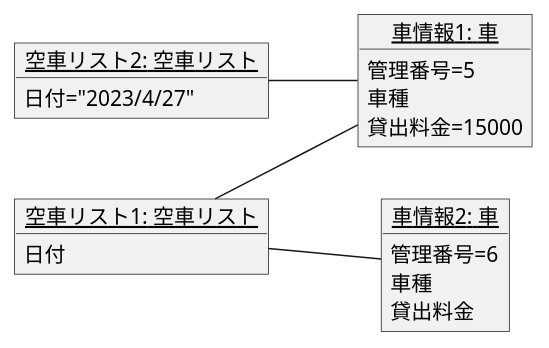
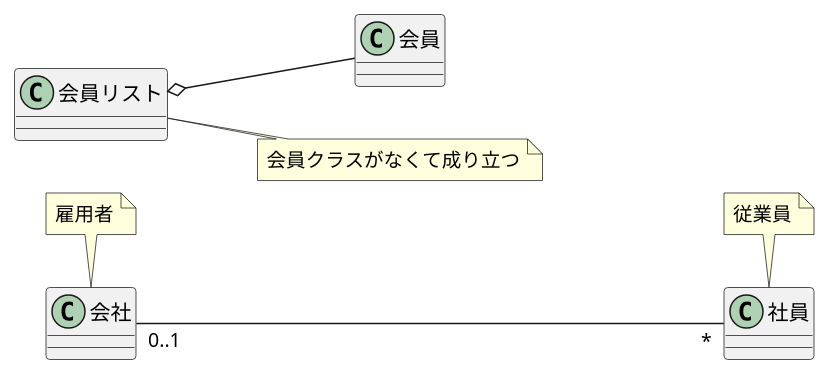
One commit to 05Uwa/uml-introduction changed the diagram in 例題3_2.pu. Above: the diagram before and after it, drawn with PlantUML. The commit also changed 5 other files, not shown here.

```diff
--- a/例題3_2.pu
+++ b/例題3_2.pu
@@ -1,108 +1,108 @@
 @startuml
-' left to right direction
-' class 会社 {}
-' class 社員 {}
-' ' 会社 --> 社員:雇う
-' 会社 "0..1" ----"*"  社員
-' note top of 会社:雇用者
-' note top of 社員:従業員
+left to right direction
+class 会社 {}
+class 社員 {}
+' 会社 --> 社員:雇う
+会社 "0..1" ----"*"  社員
+note top of 会社:雇用者
+note top of 社員:従業員
 
-' 会員リスト o-- 会員
-' note right of 会員リスト
-' 会員クラスがなくて成り立つ
-' end note
+会員リスト o-- 会員
+note right of 会員リスト
+会員クラスがなくて成り立つ
+end note
 
 ' パソコン"1" *-- ハードディスク
 ' note right of パソコン
 ' ハードディスクがないと成り立ちません。
 ' end note
 ' 会社 o-- 社員
 ' 社員 *-- 社員証
 
 ' left to right direction
 ' 注文<.. 注文管理
 ' note top of 注文管理
 ' 注文管理が注文のメソッドもしくは属性を呼び出している
 ' end note
 
 ' class 社員{
 ' - 社員ID
 ' - 社員名
 ' ---
 ' + 社員ID設定（社員ID:int）:void
 ' + 社員ID取得（）:int
 ' + 社員名設定（社員名:String）:void
 ' + 社員名取得（）:String
 ' }
 ' class 技術社員{
 ' - プロジェクト名:String
 ' ---
 ' + プロジェクト名設定（プロジェクト名:String）:void
 ' + プロジェクト名取得（）:String
 ' }
 ' class 営業社員{
 ' - 担当地域名:String
 ' ---
 ' + 担当地域名設定（プロジェクト名:String）:void
 ' + 担当地域名取得（）:String
 ' }
 ' ' 社員<|--down- 技術社員
 ' ' 社員<|--down- 営業社員
 ' 技術社員 -right-|> 社員
 ' 営業社員 -right-|> 社員
 
 ' abstract class Animal <<Abstract>> {
 ' ---
 ' + Walk:void 
 ' + {abstract} eat():int
 ' + {abstract} cry():void
 ' }
 ' class Dog {
 ' ---
 ' + eat():int
 ' + cry():void
 ' }
 ' class Cat {
 ' ---
 ' + eat():int
 ' + cry():void
 ' }
 ' Animal <|-down- Dog
 ' Animal <|-down- Cat
 
 ' class Word {
 ' ---
 ' + enter():void
 ' }
 ' class Excel {
 ' ---
 ' + enter():void
 ' }
 ' circle "keyboard" as I1
 ' Word --( I1
 ' Excel --( I1
 ' class User {
 ' }
 ' I1 <-- User:<< use >>
 
-left to right direction
-object "<u>空車リスト2: 空車リスト</u>" as k2 {
-日付="2023/4/27"
-}
-object "<u>空車リスト1: 空車リスト</u>" as k1 {
-日付
-}
-object "<u>車情報1: 車</u>" as car1 {
-管理番号=5
-車種
-貸出料金=15000
-}
-object "<u>車情報2: 車</u>" as car2 {
-管理番号=6
-車種
-貸出料金
-}
-k1 -- car1
-k1 -- car2
-k2 -- car1
+' left to right direction
+' object "<u>空車リスト2: 空車リスト</u>" as k2 {
+' 日付="2023/4/27"
+' }
+' object "<u>空車リスト1: 空車リスト</u>" as k1 {
+' 日付
+' }
+' object "<u>車情報1: 車</u>" as car1 {
+' 管理番号=5
+' 車種
+' 貸出料金=15000
+' }
+' object "<u>車情報2: 車</u>" as car2 {
+' 管理番号=6
+' 車種
+' 貸出料金
+' }
+' k1 -- car1
+' k1 -- car2
+' k2 -- car1
 @enduml
```
